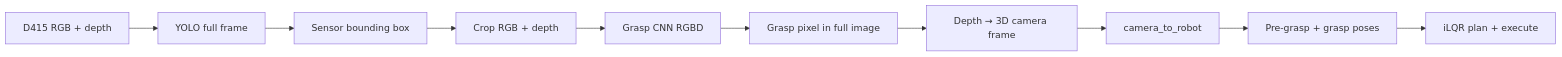
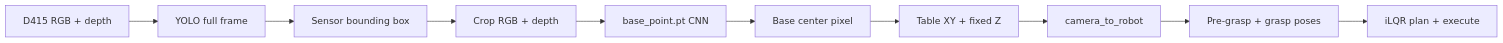
Before and after one commit to Technium7/Dummy_lab: the diagram in software/high_level_jobs/subtasks/grab_sensor/README.md, drawn with Mermaid. The commit also changed other lines of this file and 2860 other files, not shown here.

````diff
--- a/software/high_level_jobs/subtasks/grab_sensor/README.md
+++ b/software/high_level_jobs/subtasks/grab_sensor/README.md
@@ -7,12 +7,12 @@
 ```mermaid
 flowchart LR
   A[D415 RGB + depth] --> B[YOLO full frame]
   B --> C[Sensor bounding box]
   C --> D[Crop RGB + depth]
-  D --> E[Grasp CNN RGBD]
-  E --> F[Grasp pixel in full image]
-  F --> G[Depth → 3D camera frame]
+  D --> E[base_point.pt CNN]
+  E --> F[Base center pixel]
+  F --> G[Table XY + fixed Z]
   G --> H[camera_to_robot]
   H --> I[Pre-grasp + grasp poses]
   I --> J[iLQR plan + execute]
 ```
````
